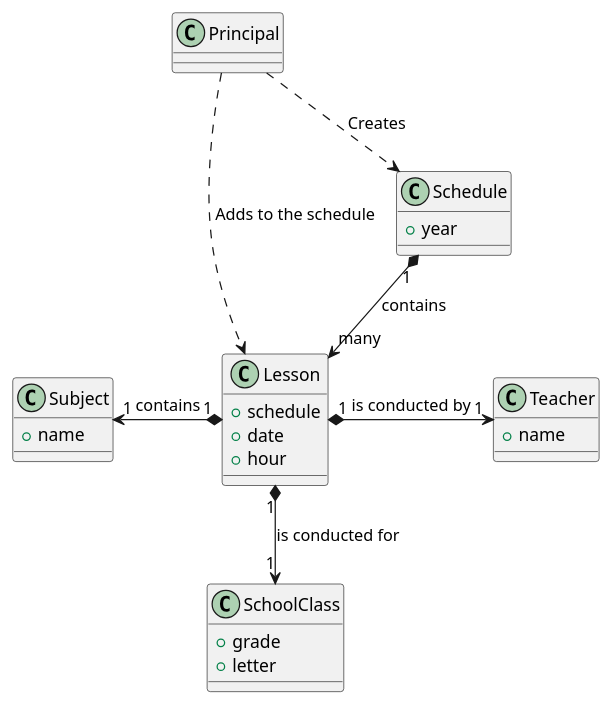
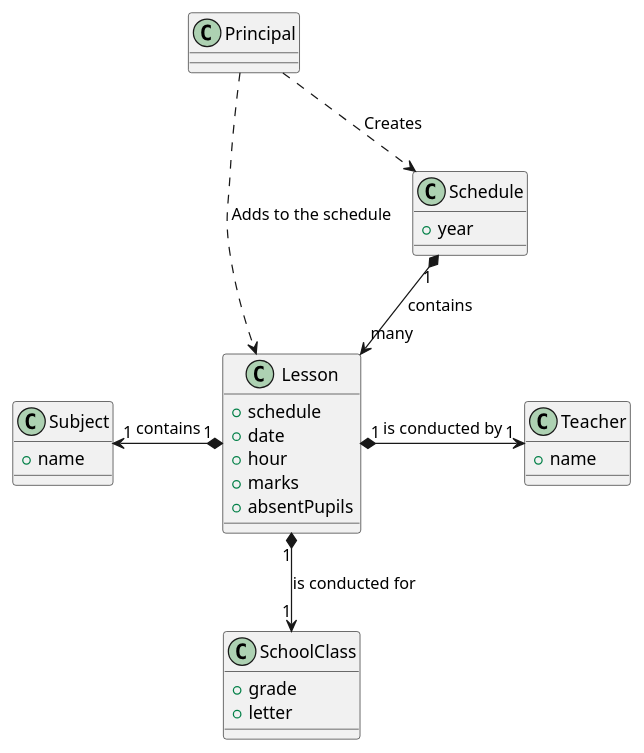
One commit to vzhuleho/microservices-school changed the diagram in schedule-service-bounded-context.puml. Above: the diagram before and after it, drawn with PlantUML. The commit also changed 2 other files, not shown here.

```diff
--- a/schedule-service-bounded-context.puml
+++ b/schedule-service-bounded-context.puml
@@ -1,37 +1,39 @@
 @startuml
 class Principal {
 }
 
 class Lesson {
   +schedule
   +date
   +hour
+  +marks
+  +absentPupils
 }
 
 class SchoolClass {
   +grade
   +letter
 }
 
 class Subject {
   +name
 }
 
 class Teacher {
   +name
 }
 
 class Schedule {
   +year
 }
 
 
 Principal .-> Schedule : Creates
 Principal .-> Lesson : Adds to the schedule
 Lesson "1" *-down-> "1" SchoolClass : is conducted for
 Lesson "1" *-left-> "1" Subject : contains
 Lesson "1" *-right-> "1" Teacher : is conducted by
 Schedule "1" *-down-> "many" Lesson : contains
 
 
 @enduml
```
